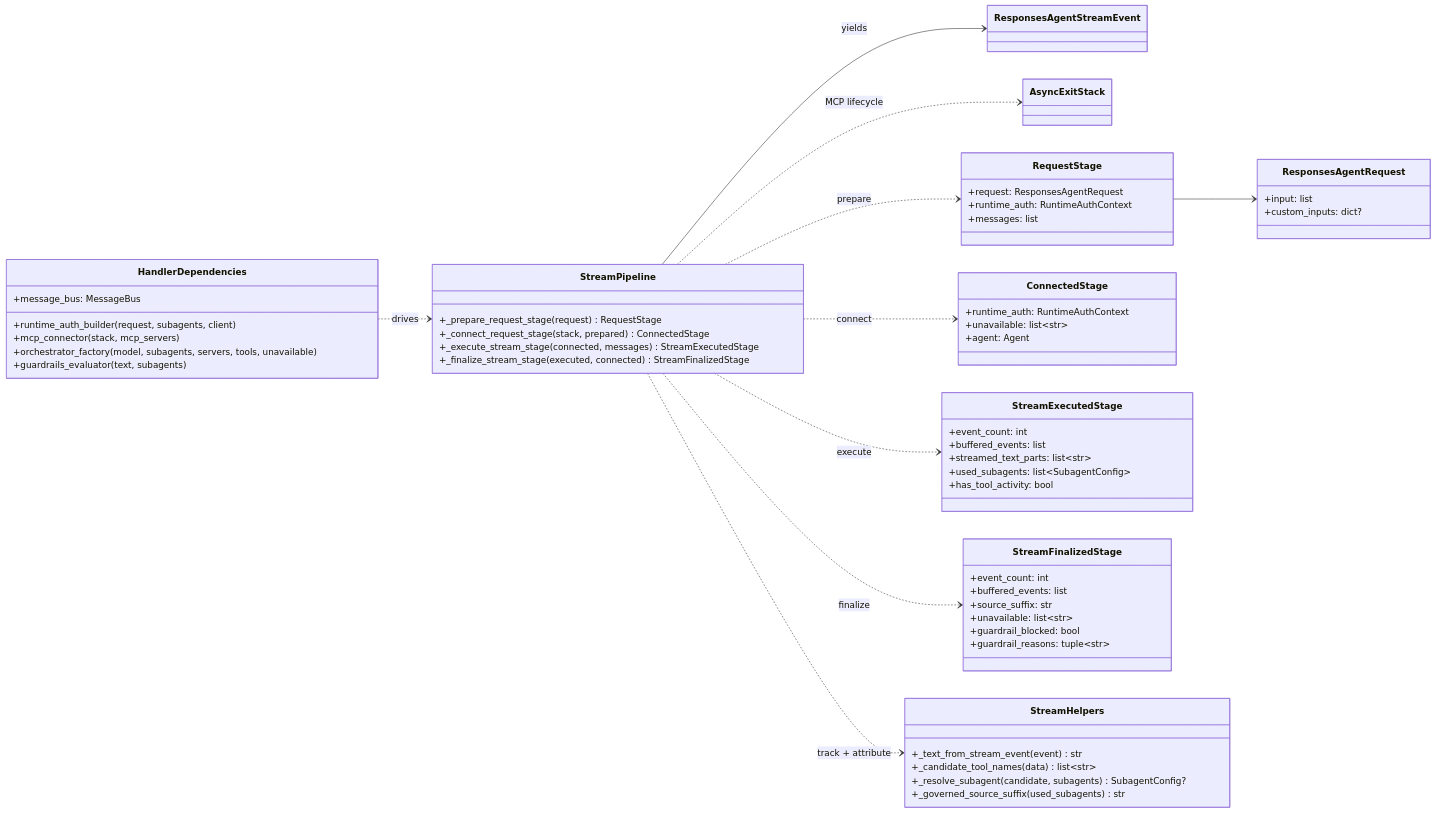
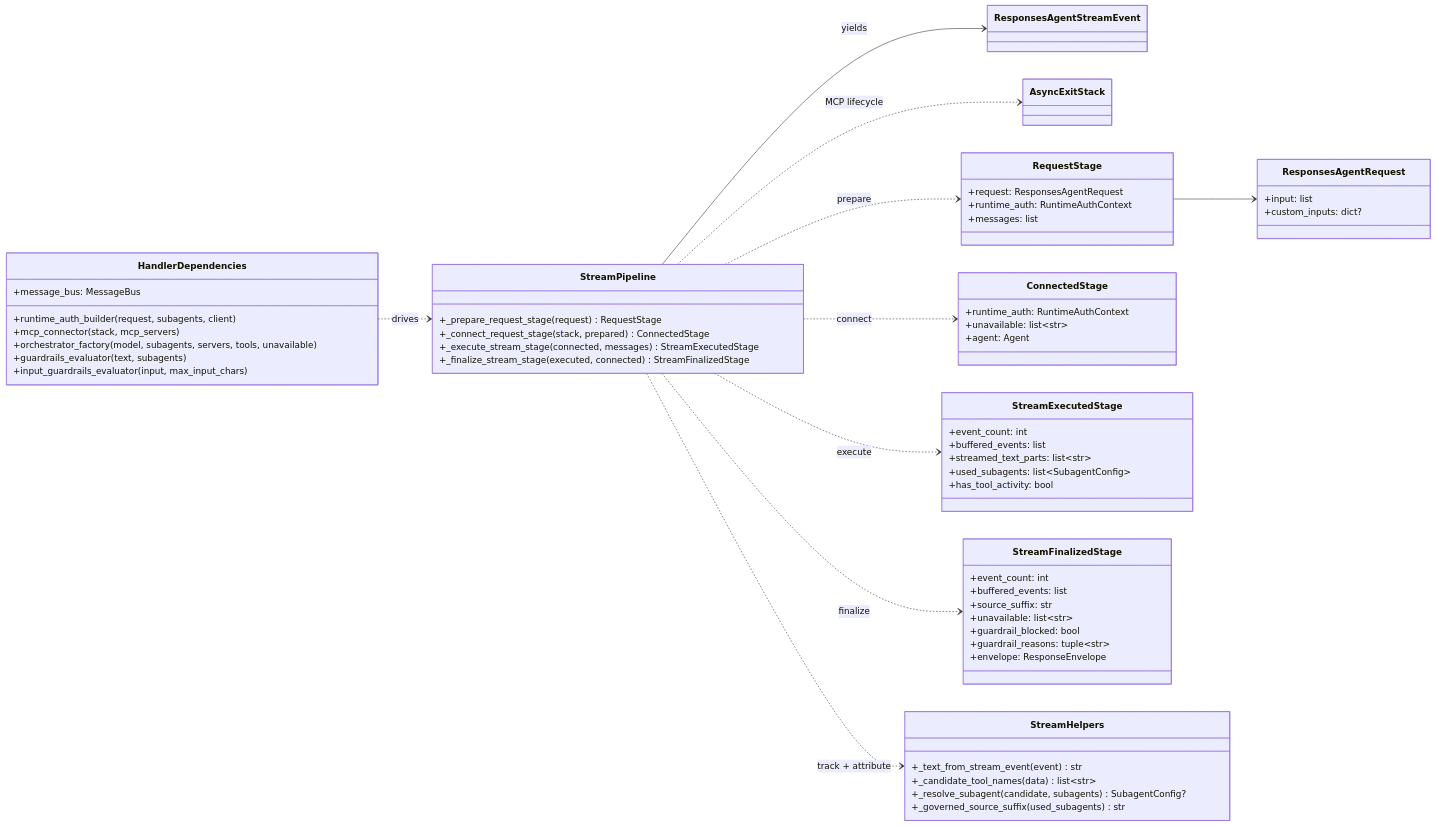
The second of 2 diagrams in docs/architecture/design-artifacts/07-request-execution-flow-class-diagram.md (wchen-dea/Governed-Multi-Agent-Intelligence-on-Databricks), drawn with Mermaid before and after one commit. The commit also changed other lines of this file and 33 other files, not shown here.

````diff
--- a/docs/architecture/design-artifacts/07-request-execution-flow-class-diagram.md
+++ b/docs/architecture/design-artifacts/07-request-execution-flow-class-diagram.md
@@ -71,72 +75,74 @@
 ```mermaid
 classDiagram
 direction LR
 
 class ResponsesAgentRequest {
     +input: list
     +custom_inputs: dict?
 }
 class ResponsesAgentStreamEvent
 class AsyncExitStack
 
 class RequestStage {
     +request: ResponsesAgentRequest
     +runtime_auth: RuntimeAuthContext
     +messages: list
 }
 
 class ConnectedStage {
     +runtime_auth: RuntimeAuthContext
     +unavailable: list~str~
     +agent: Agent
 }
 
 class StreamExecutedStage {
     +event_count: int
     +buffered_events: list
     +streamed_text_parts: list~str~
     +used_subagents: list~SubagentConfig~
     +has_tool_activity: bool
 }
 
 class StreamFinalizedStage {
     +event_count: int
     +buffered_events: list
     +source_suffix: str
     +unavailable: list~str~
     +guardrail_blocked: bool
     +guardrail_reasons: tuple~str~
+    +envelope: ResponseEnvelope
 }
 
 class HandlerDependencies {
     +runtime_auth_builder(request, subagents, client)
     +mcp_connector(stack, mcp_servers)
     +orchestrator_factory(model, subagents, servers, tools, unavailable)
     +guardrails_evaluator(text, subagents)
+    +input_guardrails_evaluator(input, max_input_chars)
     +message_bus: MessageBus
 }
 
 class StreamPipeline {
     +_prepare_request_stage(request) RequestStage
     +_connect_request_stage(stack, prepared) ConnectedStage
     +_execute_stream_stage(connected, messages) StreamExecutedStage
     +_finalize_stream_stage(executed, connected) StreamFinalizedStage
 }
 
 class StreamHelpers {
     +_text_from_stream_event(event) str
     +_candidate_tool_names(data) list~str~
     +_resolve_subagent(candidate, subagents) SubagentConfig?
     +_governed_source_suffix(used_subagents) str
 }
 
 HandlerDependencies ..> StreamPipeline : drives
 StreamPipeline ..> RequestStage : prepare
 StreamPipeline ..> ConnectedStage : connect
 StreamPipeline ..> StreamExecutedStage : execute
 StreamPipeline ..> StreamFinalizedStage : finalize
 StreamPipeline --> ResponsesAgentStreamEvent : yields
 StreamPipeline ..> StreamHelpers : track + attribute
 RequestStage --> ResponsesAgentRequest
 StreamPipeline ..> AsyncExitStack : MCP lifecycle
 ```
````
